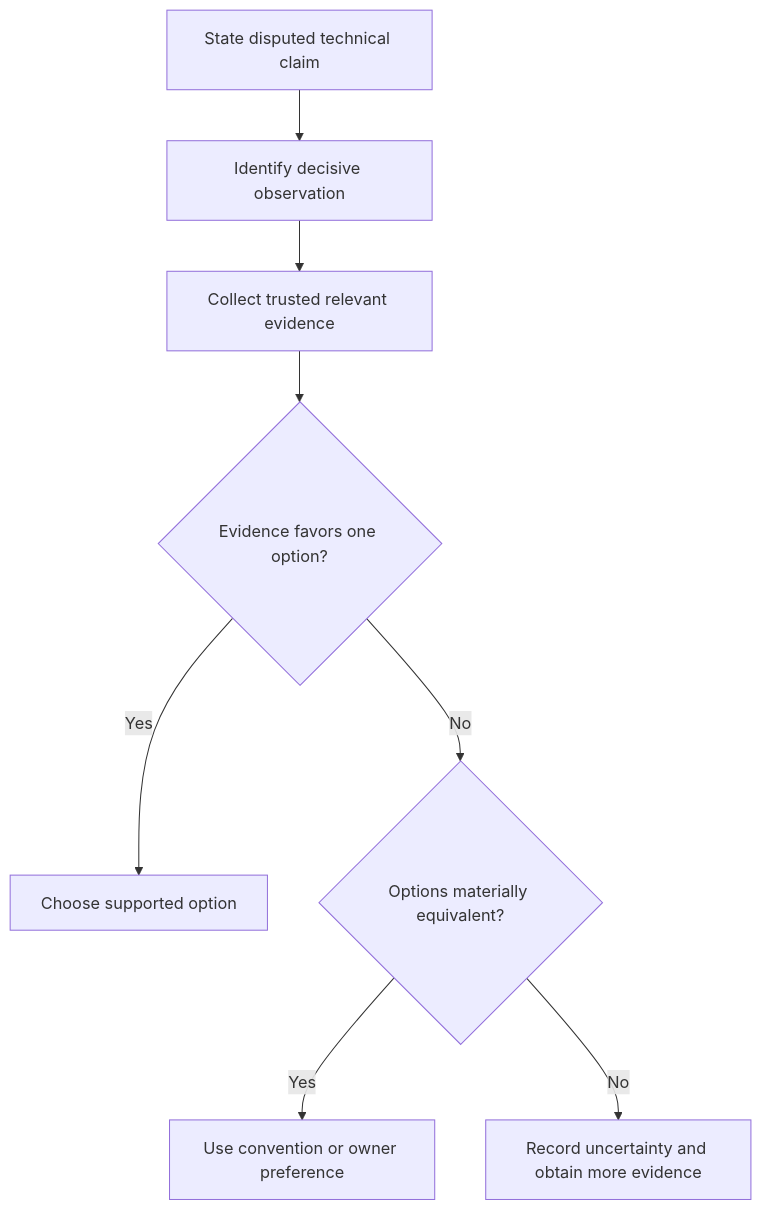
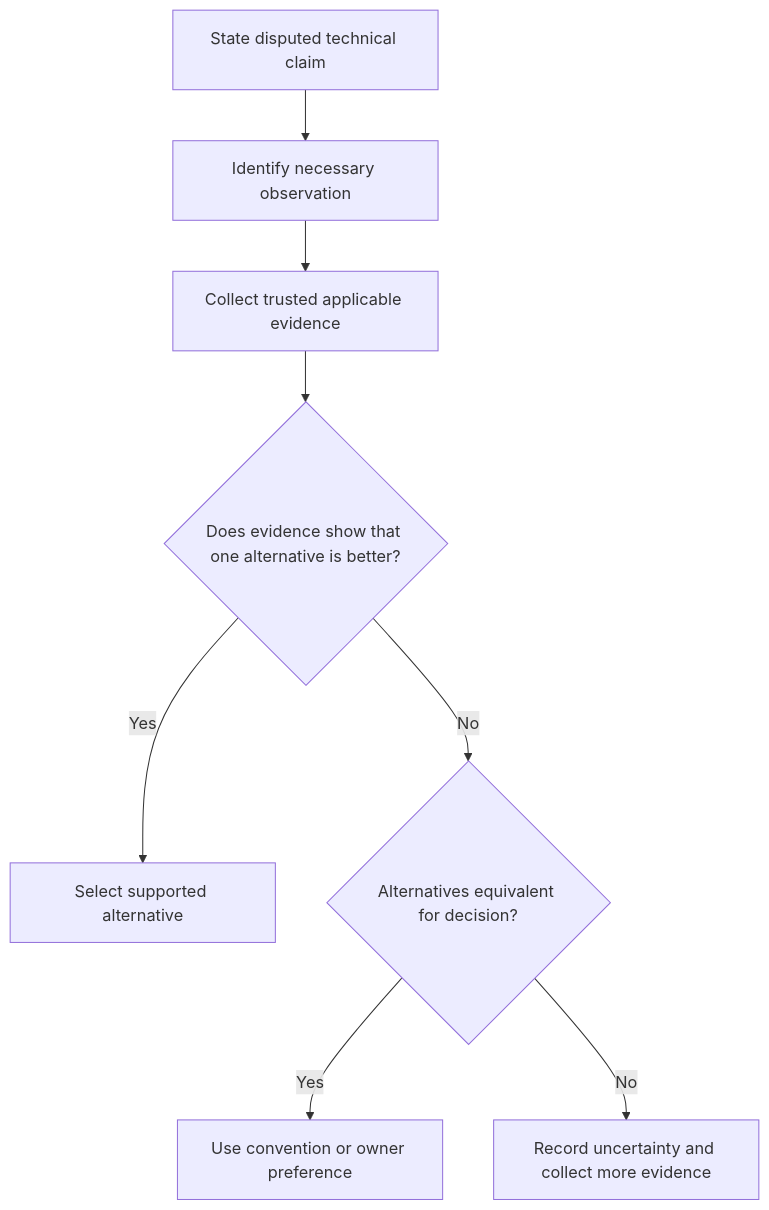
Before and after one commit to HomericIntelligence/Athena: the diagram in docs/principles/details/p072-technical-evidence-over-preference.md, drawn with Mermaid. The commit also changed other lines of this file and 91 other files, not shown here.

````diff
--- a/docs/principles/details/p072-technical-evidence-over-preference.md
+++ b/docs/principles/details/p072-technical-evidence-over-preference.md
@@ -36,10 +37,10 @@
 ```mermaid
 flowchart TD
-    A["State disputed technical claim"] --> B["Identify decisive observation"]
-    B --> C["Collect trusted relevant evidence"]
-    C --> D{"Evidence favors one option?"}
-    D -- "Yes" --> E["Choose supported option"]
-    D -- "No" --> F{"Options materially equivalent?"}
+    A["State disputed technical claim"] --> B["Identify necessary observation"]
+    B --> C["Collect trusted applicable evidence"]
+    C --> D{"Does evidence show that one alternative is better?"}
+    D -- "Yes" --> E["Select supported alternative"]
+    D -- "No" --> F{"Alternatives equivalent for decision?"}
     F -- "Yes" --> G["Use convention or owner preference"]
-    F -- "No" --> H["Record uncertainty and obtain more evidence"]
+    F -- "No" --> H["Record uncertainty and collect more evidence"]
 ```
````
